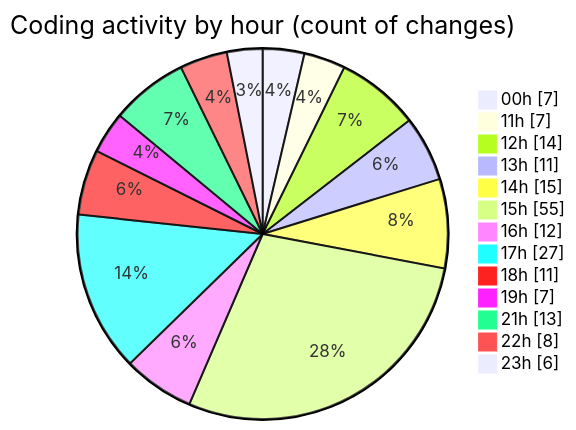
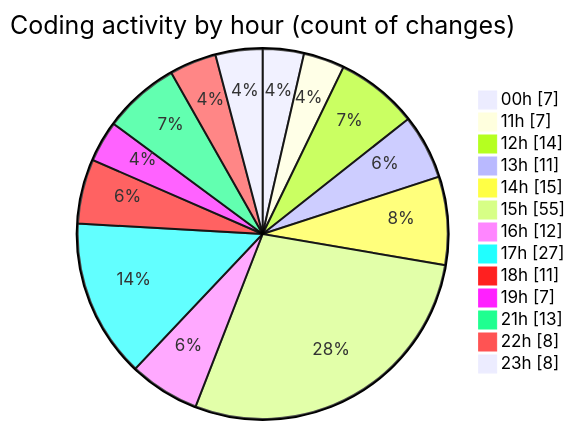
Before and after one commit to julien-gomy/code-tracking: the second of 2 diagrams in 2025-10-08/eventscop-frontend-guide__workspace_/README.md, drawn with Mermaid. The commit also changed other lines of this file and 1 other file, not shown here.

````diff
--- a/2025-10-08/eventscop-frontend-guide__workspace_/README.md
+++ b/2025-10-08/eventscop-frontend-guide__workspace_/README.md
@@ -78,17 +78,17 @@
 ```mermaid
 pie showData
 title Coding activity by hour (count of changes)
 "00h" : 7
 "11h" : 7
 "12h" : 14
 "13h" : 11
 "14h" : 15
 "15h" : 55
 "16h" : 12
 "17h" : 27
 "18h" : 11
 "19h" : 7
 "21h" : 13
 "22h" : 8
-"23h" : 6
+"23h" : 8
 ```
````
